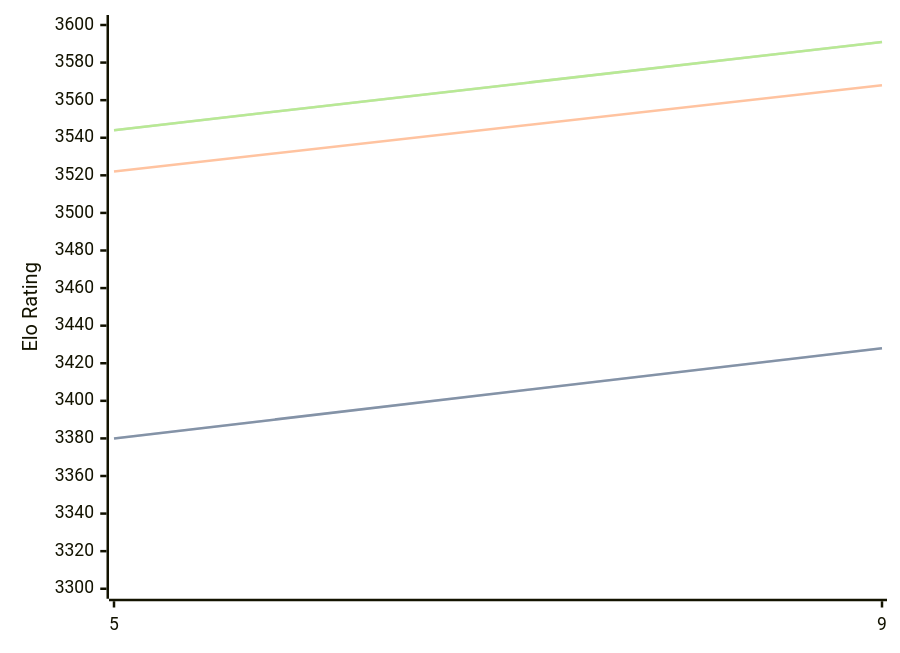
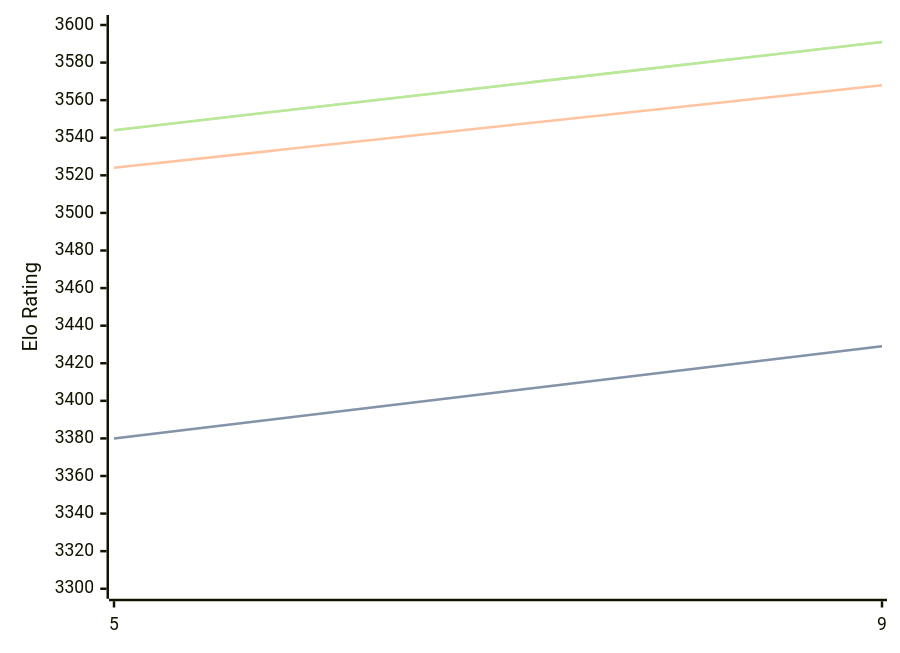
One commit to computer-chess-index/cci changed the diagram in engines/Crystal.md. Above: the diagram before and after it, drawn with Mermaid. The commit also changed other lines of this file, not shown here.

````diff
--- a/engines/Crystal.md
+++ b/engines/Crystal.md
@@ -32,11 +32,11 @@
 ```mermaid
 %%{init: {"theme":"base","themeVariables":{"seriesColors:['#a3a3a3','#222221','#faa371']}}}%%
 xychart-beta
   x-axis ["5", "9"]
   y-axis "Elo Rating" 3300 --> 3600
-  line "" [3380, 3428]
-  line "STC (8.0+0.08s)" [3380, 3428]
-  line "LTC (60.0+0.60s)" [3522, 3568]
+  line "" [3380, 3429]
+  line "STC (8.0+0.08s)" [3380, 3429]
+  line "LTC (60.0+0.60s)" [3524, 3568]
   line "" [3544, 3591]
   line "VLTC (2m24s+1.12s)" [3544, 3591]
 ```
````
